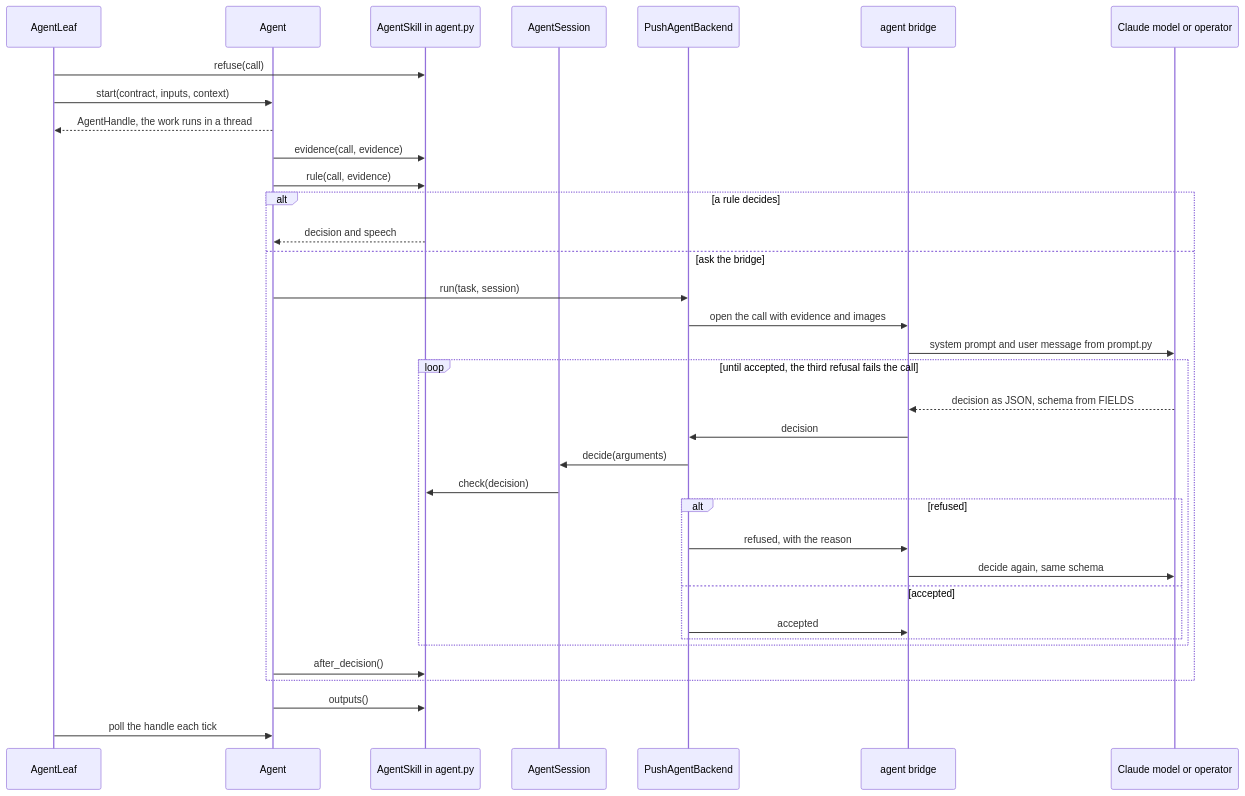
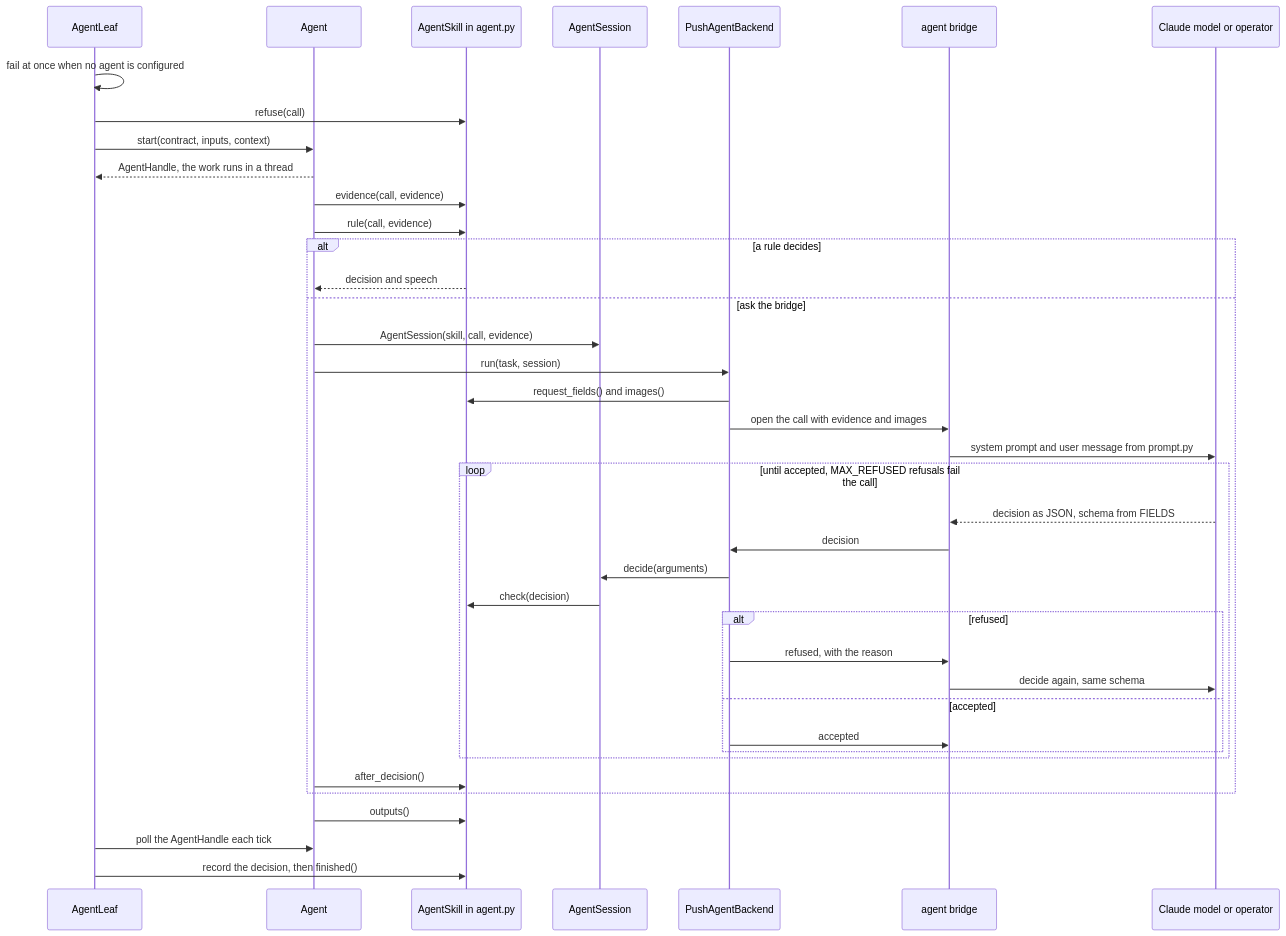
Before and after one commit to EigenVectorRobotics/orchestrator: the fifth of 5 diagrams in docs/design/sequences.md, drawn with Mermaid. The commit also changed other lines of this file and 73 other files, not shown here.

````diff
--- a/docs/design/sequences.md
+++ b/docs/design/sequences.md
@@ -168,37 +171,41 @@
 ```mermaid
 sequenceDiagram
   participant AL as AgentLeaf
   participant AG as Agent
   participant SK as AgentSkill in agent.py
   participant SS as AgentSession
   participant BE as PushAgentBackend
   participant BR as agent bridge
   participant M as Claude model or operator
+  AL->>AL: fail at once when no agent is configured
   AL->>SK: refuse(call)
   AL->>AG: start(contract, inputs, context)
   AG-->>AL: AgentHandle, the work runs in a thread
   AG->>SK: evidence(call, evidence)
   AG->>SK: rule(call, evidence)
   alt a rule decides
     SK-->>AG: decision and speech
   else ask the bridge
+    AG->>SS: AgentSession(skill, call, evidence)
     AG->>BE: run(task, session)
+    BE->>SK: request_fields() and images()
     BE->>BR: open the call with evidence and images
     BR->>M: system prompt and user message from prompt.py
-    loop until accepted, the third refusal fails the call
+    loop until accepted, MAX_REFUSED refusals fail the call
       M-->>BR: decision as JSON, schema from FIELDS
       BR->>BE: decision
       BE->>SS: decide(arguments)
       SS->>SK: check(decision)
       alt refused
         BE->>BR: refused, with the reason
         BR->>M: decide again, same schema
       else accepted
         BE->>BR: accepted
       end
     end
     AG->>SK: after_decision()
   end
   AG->>SK: outputs()
-  AL->>AG: poll the handle each tick
+  AL->>AG: poll the AgentHandle each tick
+  AL->>SK: record the decision, then finished()
 ```
````
